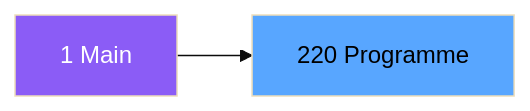
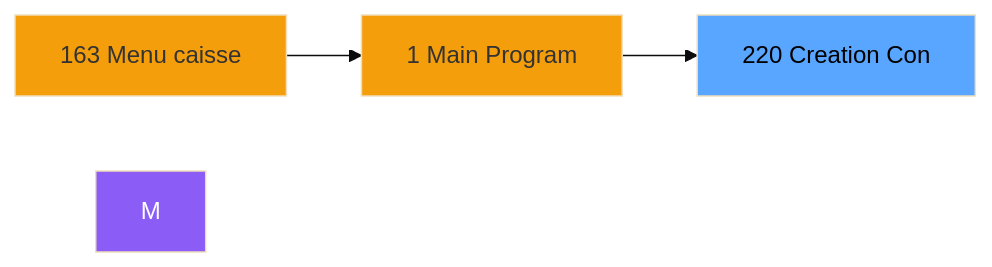
Before and after one commit to thonyAGP/magic-migration: the second of 3 diagrams in .openspec/specs/ADH-IDE-220.md, drawn with Mermaid (base theme). The commit also changed other lines of this file and 323 other files, not shown here.

````diff
--- a/.openspec/specs/ADH-IDE-220.md
+++ b/.openspec/specs/ADH-IDE-220.md
@@ -98,8 +105,12 @@
 ```mermaid
 graph LR
-    M[1 Main]
-    T[220 Programme]
-    M --> T
+    N163[163 Menu caisse ]
+    N1[1 Main Program]
+    T[220 Creation Con]
+    N163 --> N1
+    N1 --> T
     style M fill:#8b5cf6,color:#fff
+    style N163 fill:#f59e0b
+    style N1 fill:#f59e0b
     style T fill:#58a6ff,color:#000
 ```
````
